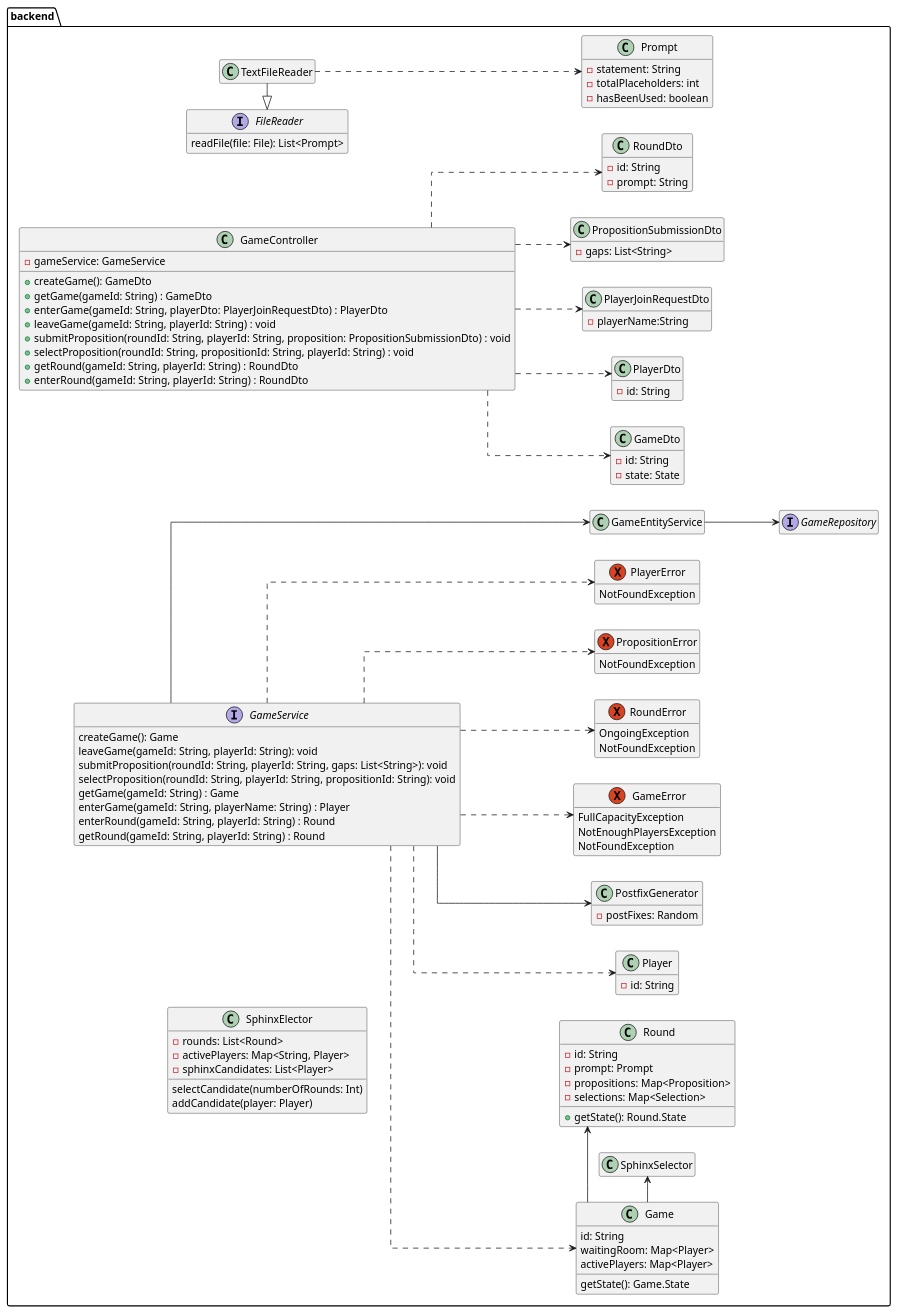
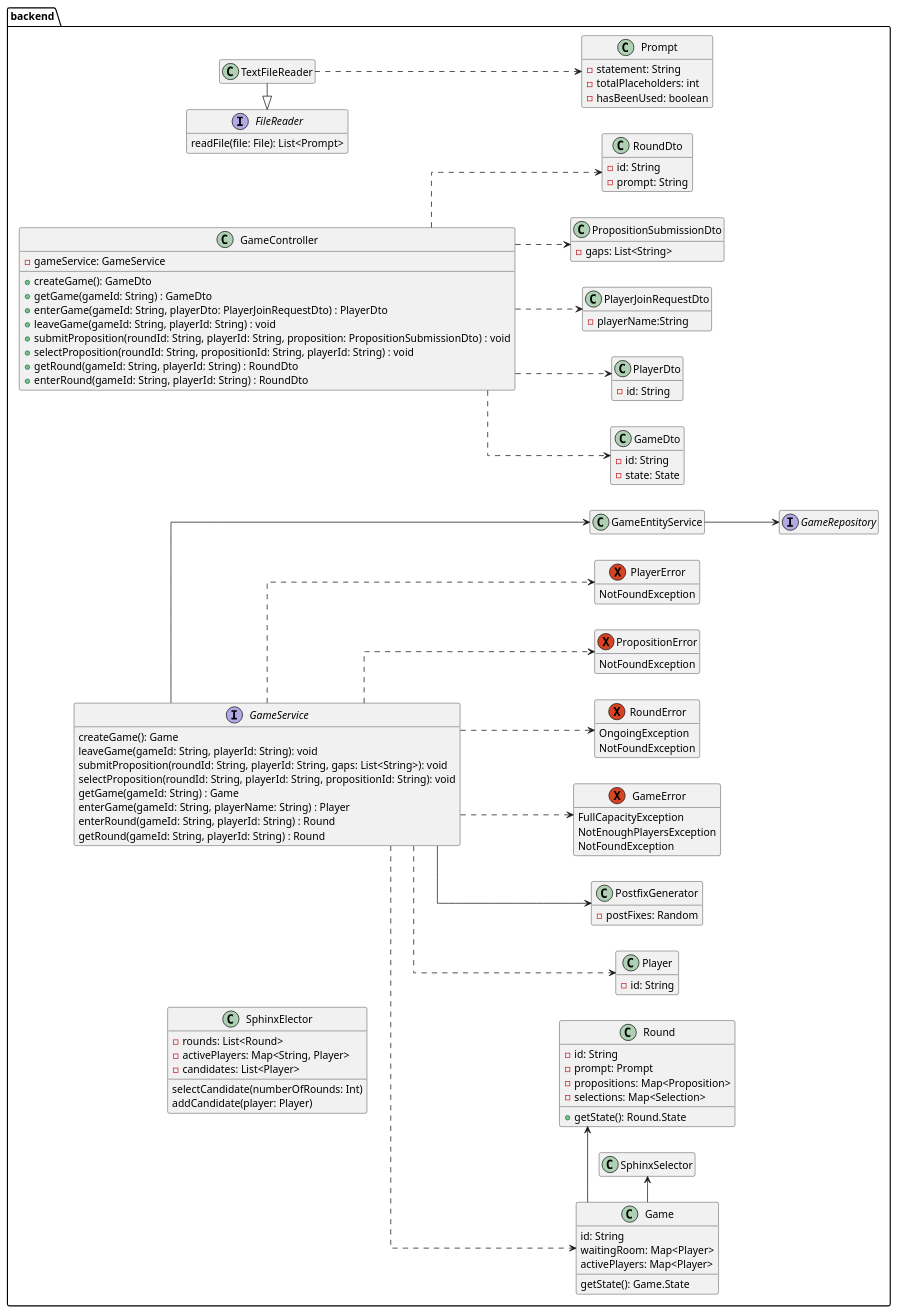
The diagram in docs/diagrams/class_diagramm.plantuml (patrickwinti/worldwidewalter), drawn with PlantUML before and after one commit. The commit also changed 1 other file, not shown here.

```diff
--- a/docs/diagrams/class_diagramm.plantuml
+++ b/docs/diagrams/class_diagramm.plantuml
@@ -1,122 +1,122 @@
 @startuml
 package backend{
     left to right direction
     skinparam linetype ortho
 
     hide empty members
     class GameController {
         -gameService: GameService
         +createGame(): GameDto
         +getGame(gameId: String) : GameDto
         +enterGame(gameId: String, playerDto: PlayerJoinRequestDto) : PlayerDto
         +leaveGame(gameId: String, playerId: String) : void
         +submitProposition(roundId: String, playerId: String, proposition: PropositionSubmissionDto) : void
         +selectProposition(roundId: String, propositionId: String, playerId: String) : void
         +getRound(gameId: String, playerId: String) : RoundDto
         +enterRound(gameId: String, playerId: String) : RoundDto
     }
     class GameDto {
         -id: String
         -state: State
     }
     class Game {
         id: String
         waitingRoom: Map<Player>
         activePlayers: Map<Player>
         getState(): Game.State
     }
     class Prompt{
         -statement: String
         -totalPlaceholders: int
         -hasBeenUsed: boolean
     }
 
     interface GameService{
        createGame(): Game
        leaveGame(gameId: String, playerId: String): void
        submitProposition(roundId: String, playerId: String, gaps: List<String>): void
        selectProposition(roundId: String, playerId: String, propositionId: String): void
        getGame(gameId: String) : Game
        enterGame(gameId: String, playerName: String) : Player
        enterRound(gameId: String, playerId: String) : Round
        getRound(gameId: String, playerId: String) : Round
     }
     interface GameRepository
     class PlayerDto {
         -id: String
     }
     class PlayerJoinRequestDto {
         -playerName:String
     }
     class PropositionSubmissionDto {
         -gaps: List<String>
     }
     class RoundDto {
         -id: String
         -prompt: String
     }
     class Player {
         -id: String
     }
     class Round {
         -id: String
         -prompt: Prompt
         -propositions: Map<Proposition>
         -selections: Map<Selection>
         +getState(): Round.State
     }
     class PostfixGenerator {
         -postFixes: Random
     }
     exception GameError {
         FullCapacityException
         NotEnoughPlayersException
         NotFoundException
     }
     exception RoundError {
         OngoingException
         NotFoundException
     }
     exception PropositionError {
         NotFoundException
     }
     exception PlayerError {
         NotFoundException
     }
 
     interface FileReader{
         readFile(file: File): List<Prompt>
     }
 
     class TextFileReader
     class SphinxElector {
         -rounds: List<Round>
         -activePlayers: Map<String, Player>
-        -sphinxCandidates: List<Player>
+        -candidates: List<Player>
         selectCandidate(numberOfRounds: Int)
         addCandidate(player: Player)
     }
 
     GameController..>PlayerDto
     GameController..>PlayerJoinRequestDto
     GameController..>PropositionSubmissionDto
     GameController..>RoundDto
     GameController ..> GameDto
 
     GameService ..> Game
     GameService ..> Player
     GameService ..> GameError
     GameService ..> RoundError
     GameService ..> PlayerError
     GameService ..> PropositionError
     GameService --> GameEntityService
     GameService --> PostfixGenerator
 
     GameEntityService --> GameRepository
 
     TextFileReader ..> Prompt
     FileReader<|-TextFileReader
 
     Game -> Round
     Game -> SphinxSelector
 @enduml
```
